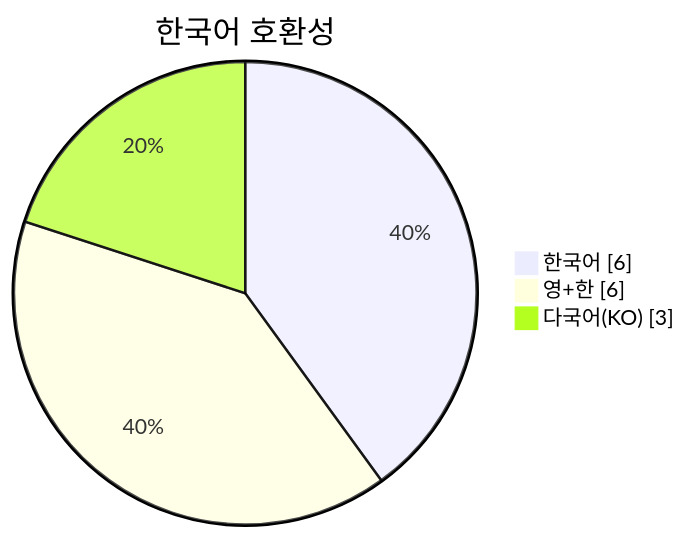
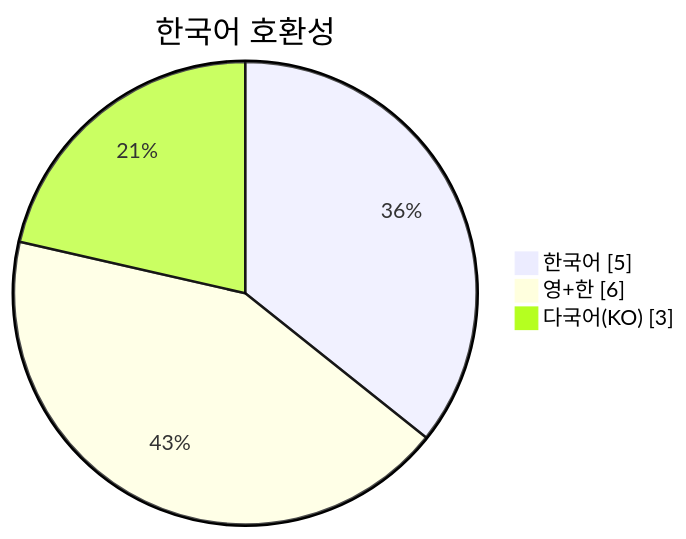
One commit to J-nowcow/awesome-korean-agent-skills changed the third of 3 diagrams in README.md. Above: the diagram before and after it, drawn with Mermaid. The commit also changed other lines of this file and 9 other files, not shown here.

````diff
--- a/README.md
+++ b/README.md
@@ -207,7 +207,7 @@
 ```mermaid
 pie showData
     title 한국어 호환성
-    "한국어" : 6
+    "한국어" : 5
     "영+한" : 6
     "다국어(KO)" : 3
 ```
````
